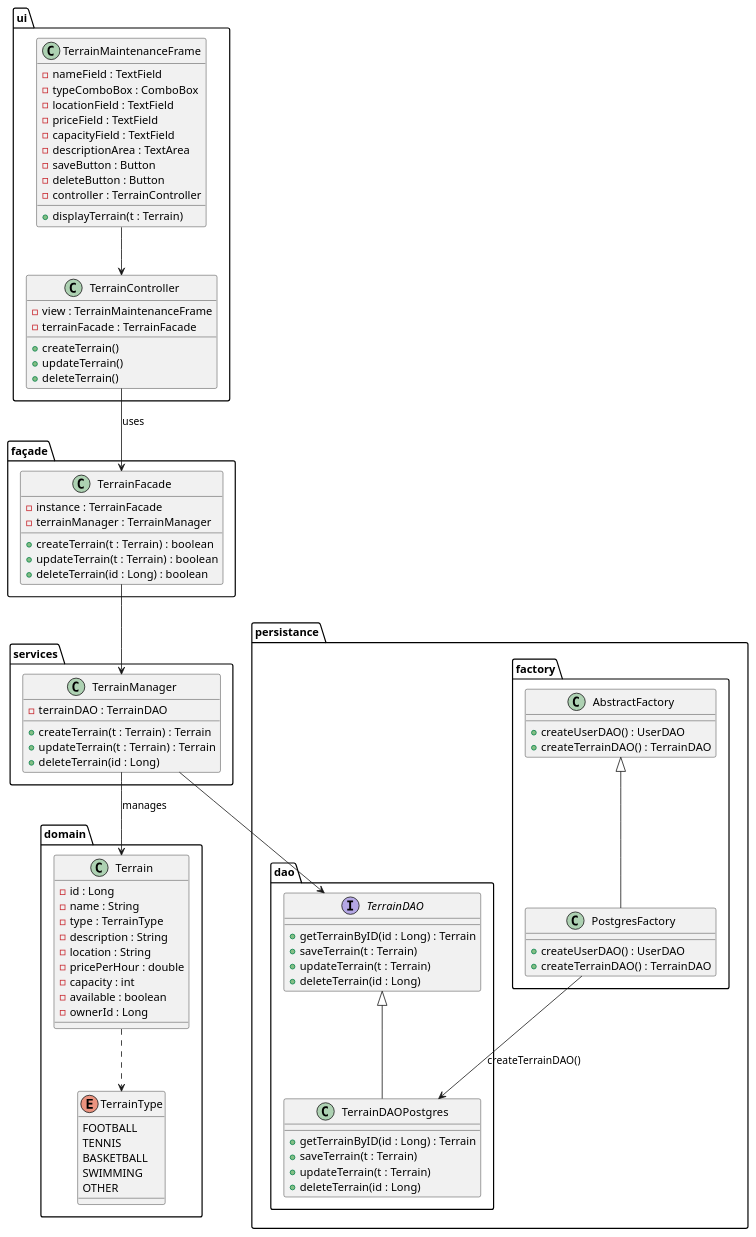
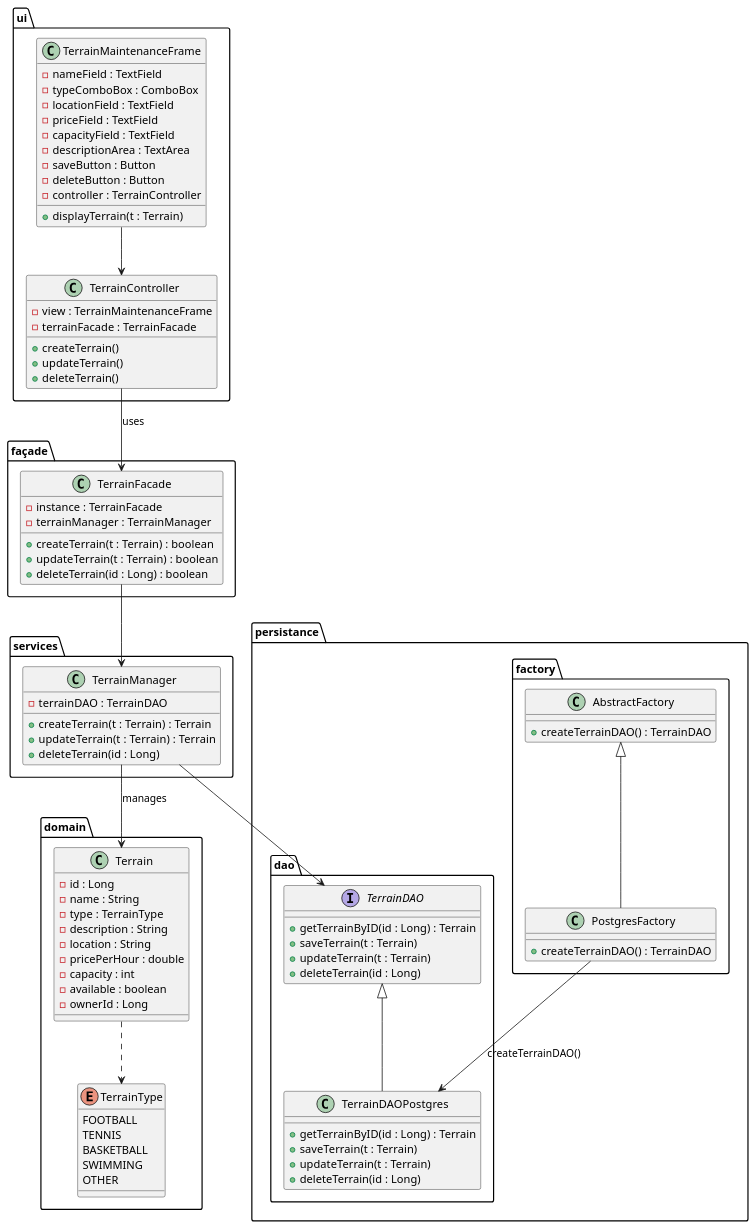
One commit to ismael-bny/MyArena changed the diagram in UML/terrain_mgt/class_diagram.puml. Above: the diagram before and after it, drawn with PlantUML. The commit also changed 2 other files, not shown here.

Commit message:
Diagramme de classe et de séquence terminés

```diff
--- a/UML/terrain_mgt/class_diagram.puml
+++ b/UML/terrain_mgt/class_diagram.puml
@@ -1,120 +1,118 @@
 @startuml
 
 ' =======================
 '        PACKAGES
 ' =======================
 
 package "ui" {
     class TerrainMaintenanceFrame {
         - nameField : TextField
         - typeComboBox : ComboBox
         - locationField : TextField
         - priceField : TextField
         - capacityField : TextField
         - descriptionArea : TextArea
         - saveButton : Button
         - deleteButton : Button
         - controller : TerrainController
         + displayTerrain(t : Terrain)
     }
 
     class TerrainController {
         - view : TerrainMaintenanceFrame
         - terrainFacade : TerrainFacade
         + createTerrain()
         + updateTerrain()
         + deleteTerrain()
     }
 }
 
 package "façade" {
     class TerrainFacade {
         - instance : TerrainFacade
         - terrainManager : TerrainManager
         + createTerrain(t : Terrain) : boolean
         + updateTerrain(t : Terrain) : boolean
         + deleteTerrain(id : Long) : boolean
     }
 }
 
 package "domain" {
     class Terrain {
         - id : Long
         - name : String
         - type : TerrainType
         - description : String
         - location : String
         - pricePerHour : double
         - capacity : int
         - available : boolean
         - ownerId : Long
     }
 
     enum TerrainType {
         FOOTBALL
         TENNIS
         BASKETBALL
         SWIMMING
         OTHER
     }
 }
 
 package "persistance" {
 
     package "dao" {
         interface TerrainDAO {
             + getTerrainByID(id : Long) : Terrain
             + saveTerrain(t : Terrain)
             + updateTerrain(t : Terrain)
             + deleteTerrain(id : Long)
         }
 
         class TerrainDAOPostgres {
             + getTerrainByID(id : Long) : Terrain
             + saveTerrain(t : Terrain)
             + updateTerrain(t : Terrain)
             + deleteTerrain(id : Long)
         }
     }
 
     package "factory" {
         class AbstractFactory {
-            + createUserDAO() : UserDAO
             + createTerrainDAO() : TerrainDAO
         }
 
         class PostgresFactory {
-            + createUserDAO() : UserDAO
             + createTerrainDAO() : TerrainDAO
         }
     }
 }
 
 package "services" {
     class TerrainManager {
         - terrainDAO : TerrainDAO
         + createTerrain(t : Terrain) : Terrain
         + updateTerrain(t : Terrain) : Terrain
         + deleteTerrain(id : Long)
     }
 }
 
 ' =======================
 '     RELATIONSHIPS
 ' =======================
 
 TerrainMaintenanceFrame --> TerrainController
 TerrainController --> TerrainFacade : uses
 
 TerrainFacade --> TerrainManager
 TerrainManager --> TerrainDAO
 
 AbstractFactory <|-- PostgresFactory
 TerrainDAO <|-- TerrainDAOPostgres
 
 PostgresFactory --> TerrainDAOPostgres : createTerrainDAO()
 
 TerrainManager --> Terrain : manages
 Terrain ..> TerrainType
 
 @enduml
```
